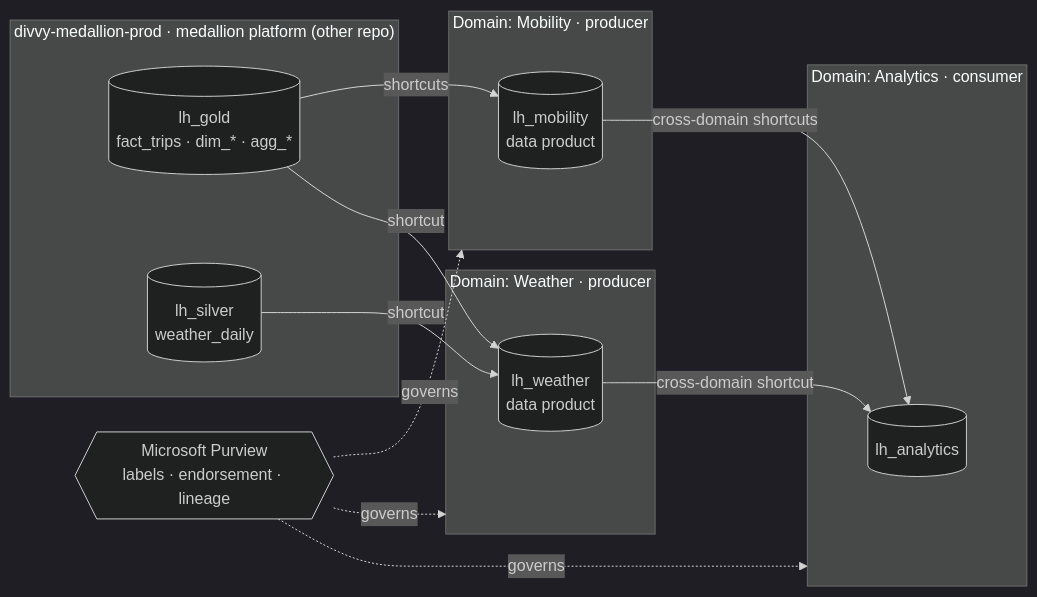
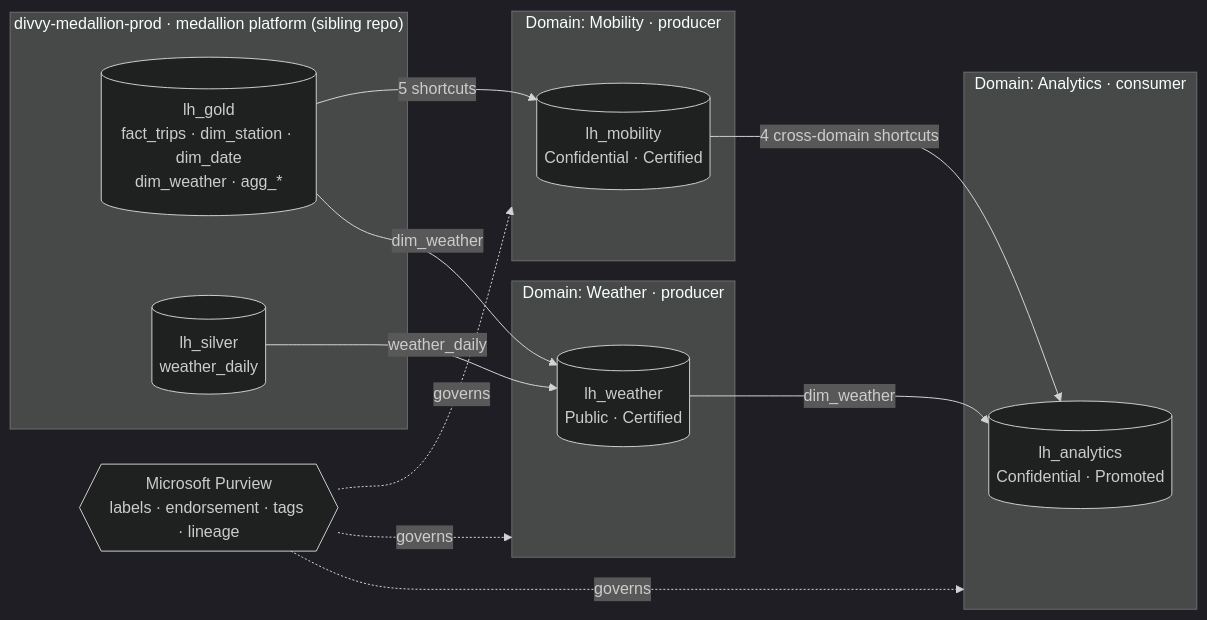
Before and after one commit to felipecastro-data/fabric-domain-architecture-purview-governance: the first of 4 diagrams in README.md, drawn with Mermaid (dark theme). The commit also changed other lines of this file, not shown here.

````diff
--- a/README.md
+++ b/README.md
@@ -18,22 +28,22 @@
 ```mermaid
 flowchart LR
-    subgraph SRC["divvy-medallion-prod · medallion platform (other repo)"]
-        G[(lh_gold<br/>fact_trips · dim_* · agg_*)]
-        S[(lh_silver<br/>weather_daily)]
+    subgraph SRC["divvy-medallion-prod · medallion platform (sibling repo)"]
+        G[("lh_gold<br/>fact_trips · dim_station · dim_date<br/>dim_weather · agg_*")]
+        S[("lh_silver<br/>weather_daily")]
     end
     subgraph DM["Domain: Mobility · producer"]
-        M[(lh_mobility<br/>data product)]
+        M[("lh_mobility<br/>Confidential · Certified")]
     end
     subgraph DW["Domain: Weather · producer"]
-        W[(lh_weather<br/>data product)]
+        W[("lh_weather<br/>Public · Certified")]
     end
     subgraph DA["Domain: Analytics · consumer"]
-        A[(lh_analytics)]
+        A[("lh_analytics<br/>Confidential · Promoted")]
     end
-    G -- shortcuts --> M
-    G -- shortcut --> W
-    S -- shortcut --> W
-    M -- cross-domain shortcuts --> A
-    W -- cross-domain shortcut --> A
-    PV{{Microsoft Purview<br/>labels · endorsement · lineage}} -. governs .-> DM & DW & DA
+    G -- "5 shortcuts" --> M
+    G -- "dim_weather" --> W
+    S -- "weather_daily" --> W
+    M -- "4 cross-domain shortcuts" --> A
+    W -- "dim_weather" --> A
+    PV{{"Microsoft Purview<br/>labels · endorsement · tags · lineage"}} -. governs .-> DM & DW & DA
 ```
````
